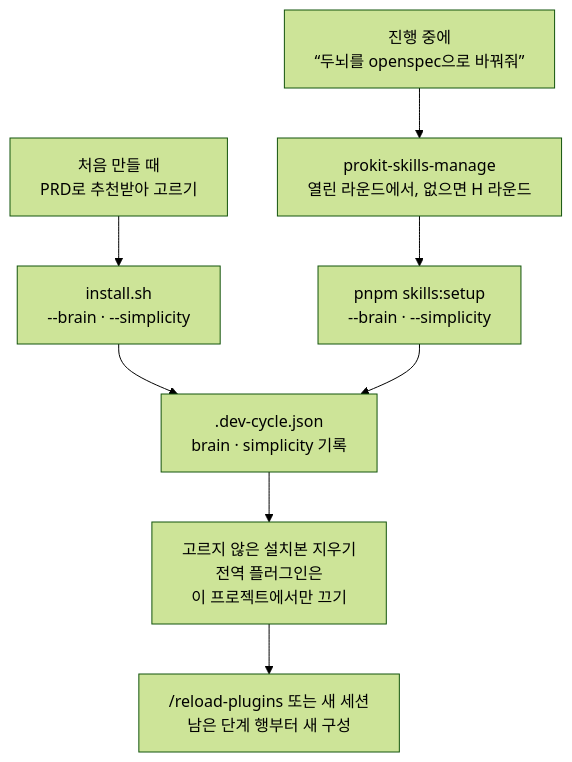
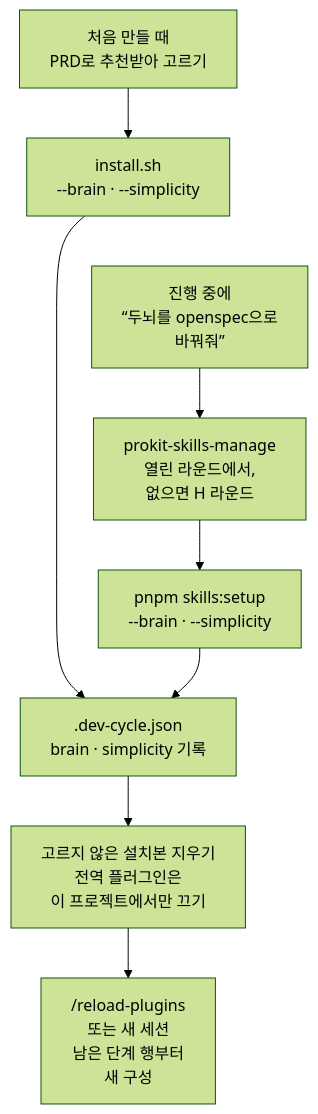
One commit to roadkwon-ai/pro-kit changed the fourth of 4 diagrams in handbook/skills/brains.md. Above: the diagram before and after it, drawn with Mermaid (forest theme). The commit also changed other lines of this file and 3 other files, not shown here.

````diff
--- a/handbook/skills/brains.md
+++ b/handbook/skills/brains.md
@@ -300,15 +307,18 @@
 ```mermaid
 ---
 config:
   flowchart:
-    wrappingWidth: 260
+    wrappingWidth: 200
 ---
 flowchart TB
+  accTitle: 두뇌와 과설계 방지 스킬 바꾸기
+  accDescr: 처음 만들 때는 install.sh가, 진행 중에는 prokit-skills-manage가 pnpm skills:setup으로 바꿔요. 둘 다 .dev-cycle.json에 기록하고, 고르지 않은 설치본을 지운 뒤 새 세션이나 /reload-plugins부터 새 구성으로 해요.
   I["처음 만들 때<br/>PRD로 추천받아 고르기"] --> INS["install.sh<br/>--brain · --simplicity"]
-  CH["진행 중에<br/>“두뇌를 openspec으로 바꿔줘”"] --> SM["prokit-skills-manage<br/>열린 라운드에서, 없으면 H 라운드"]
+  INS ~~~ CH
+  CH["진행 중에<br/>“두뇌를 openspec으로<br/>바꿔줘”"] --> SM["prokit-skills-manage<br/>열린 라운드에서,<br/>없으면 H 라운드"]
   SM --> SET["pnpm skills:setup<br/>--brain · --simplicity"]
   INS --> REC[".dev-cycle.json<br/>brain · simplicity 기록"]
   SET --> REC
   REC --> CL["고르지 않은 설치본 지우기<br/>전역 플러그인은<br/>이 프로젝트에서만 끄기"]
-  CL --> RL["/reload-plugins 또는 새 세션<br/>남은 단계 행부터 새 구성"]
+  CL --> RL["/reload-plugins<br/>또는 새 세션<br/>남은 단계 행부터<br/>새 구성"]
 ```
````
